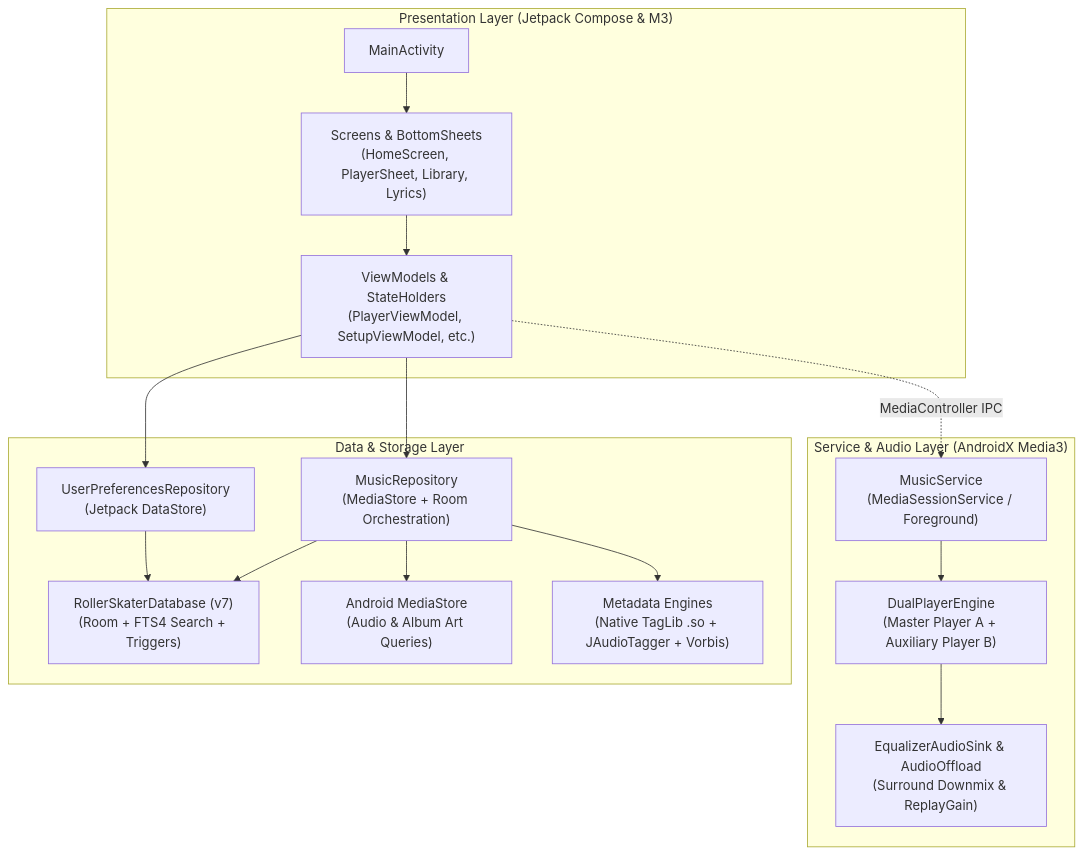
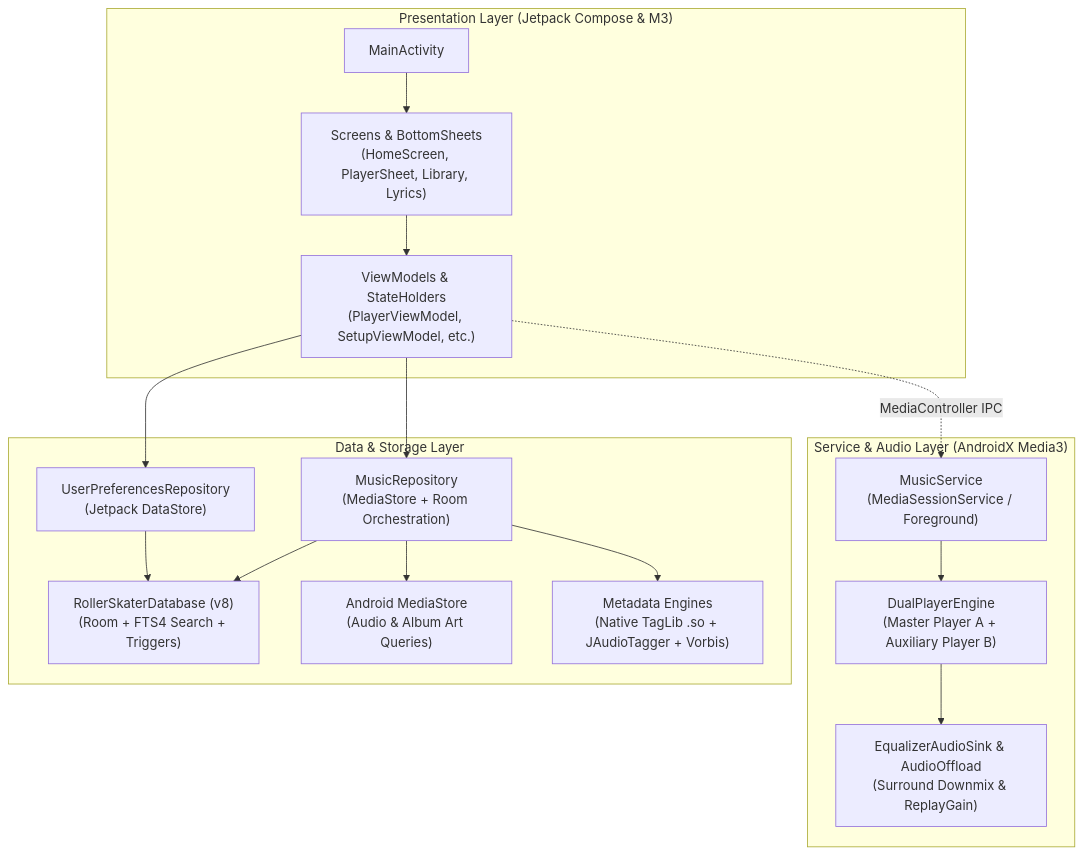
Before and after one commit to dhyandevp/RollerSkater: the diagram in README.md, drawn with Mermaid. The commit also changed other lines of this file and 41 other files, not shown here.

````diff
--- a/README.md
+++ b/README.md
@@ -166,34 +175,34 @@
 ```mermaid
 flowchart TD
     subgraph UI ["Presentation Layer (Jetpack Compose & M3)"]
         Activity["MainActivity"]
         Screens["Screens & BottomSheets\n(HomeScreen, PlayerSheet, Library, Lyrics)"]
         VM["ViewModels & StateHolders\n(PlayerViewModel, SetupViewModel, etc.)"]
     end
 
     subgraph Service ["Service & Audio Layer (AndroidX Media3)"]
         MusicService["MusicService\n(MediaSessionService / Foreground)"]
         DualPlayer["DualPlayerEngine\n(Master Player A + Auxiliary Player B)"]
         AudioSink["EqualizerAudioSink & AudioOffload\n(Surround Downmix & ReplayGain)"]
     end
 
     subgraph Data ["Data & Storage Layer"]
         MusicRepo["MusicRepository\n(MediaStore + Room Orchestration)"]
         PreferencesRepo["UserPreferencesRepository\n(Jetpack DataStore)"]
-        RoomDB["RollerSkaterDatabase (v7)\n(Room + FTS4 Search + Triggers)"]
+        RoomDB["RollerSkaterDatabase (v8)\n(Room + FTS4 Search + Triggers)"]
         MediaStore["Android MediaStore\n(Audio & Album Art Queries)"]
         TagEngines["Metadata Engines\n(Native TagLib .so + JAudioTagger + Vorbis)"]
     end
 
     Activity --> Screens
     Screens --> VM
     VM --> MusicRepo
     VM --> PreferencesRepo
     VM -.->|"MediaController IPC"| MusicService
     MusicService --> DualPlayer
     DualPlayer --> AudioSink
     MusicRepo --> RoomDB
     MusicRepo --> MediaStore
     MusicRepo --> TagEngines
     PreferencesRepo --> RoomDB
 ```
````
